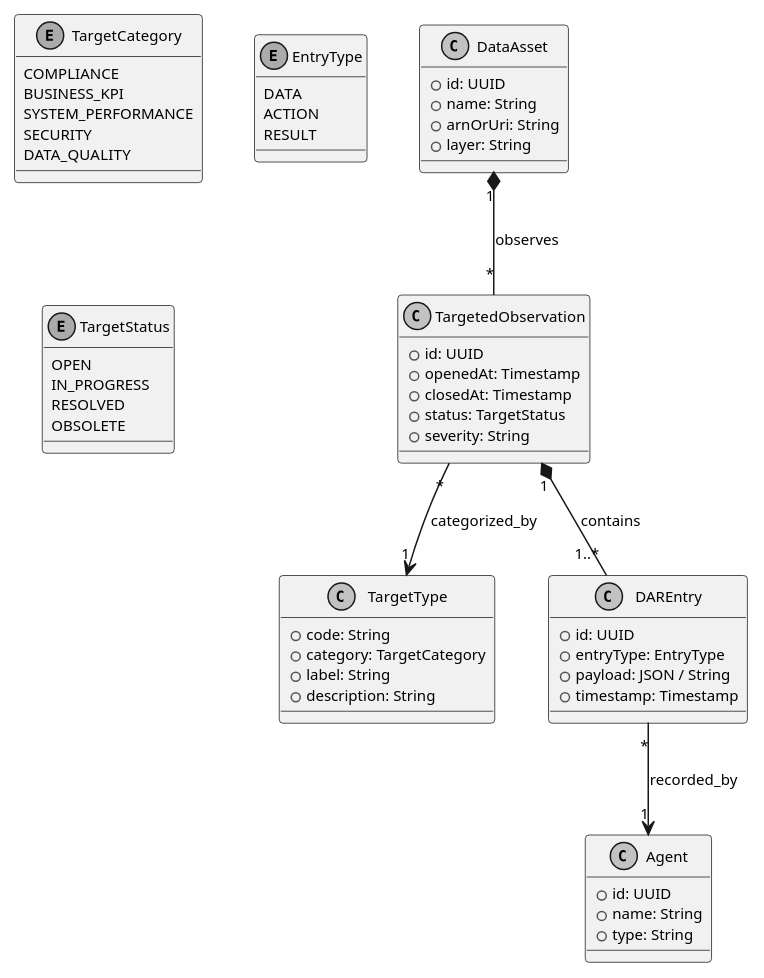
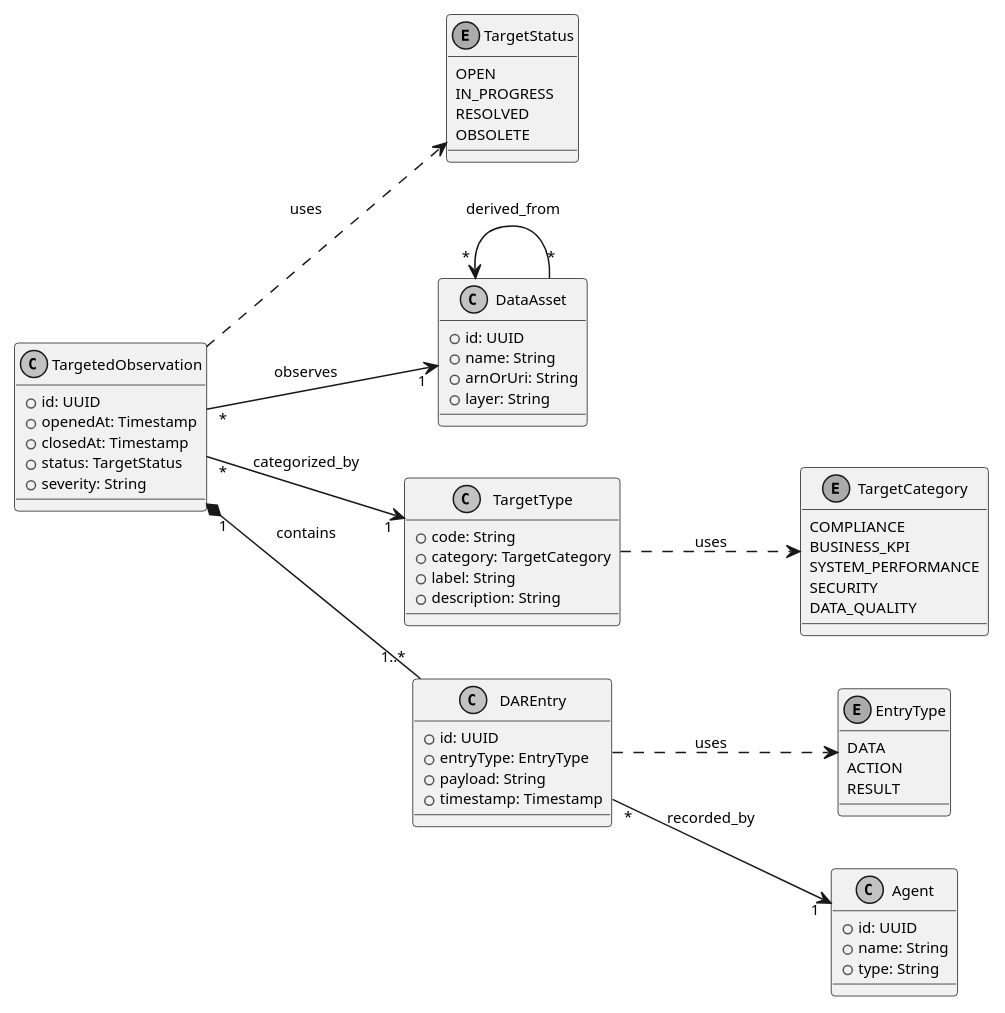
Before and after one commit to xFufly/tdar-lineage: the diagram in uml/tdar_architecture.puml, drawn with PlantUML. The commit also changed 3 other files, not shown here.

Commit message:
feat: update T-DAR UML model with lineage and fix LaTeX figure layout

```diff
--- a/uml/tdar_architecture.puml
+++ b/uml/tdar_architecture.puml
@@ -1,69 +1,77 @@
 @startuml tdar_architecture
 
 skinparam monochrome true
 skinparam shadowing false
 skinparam defaultFontName "Arial"
 skinparam defaultFontSize 10
+
+left to right direction
 
 enum TargetCategory {
     COMPLIANCE
     BUSINESS_KPI
     SYSTEM_PERFORMANCE
     SECURITY
     DATA_QUALITY
 }
 
 enum EntryType {
     DATA
     ACTION
     RESULT
 }
 
 enum TargetStatus {
     OPEN
     IN_PROGRESS
     RESOLVED
     OBSOLETE
 }
 
 class DataAsset {
     +id: UUID
     +name: String
     +arnOrUri: String
     +layer: String
 }
 
 class TargetType {
     +code: String
     +category: TargetCategory
     +label: String
     +description: String
 }
 
 class TargetedObservation {
     +id: UUID
     +openedAt: Timestamp
     +closedAt: Timestamp
     +status: TargetStatus
     +severity: String
 }
 
 class DAREntry {
     +id: UUID
     +entryType: EntryType
-    +payload: JSON / String
+    +payload: String
     +timestamp: Timestamp
 }
 
 class Agent {
     +id: UUID
     +name: String
     +type: String
 }
 
-DataAsset "1" *-- "*" TargetedObservation : observes
+DataAsset "*" <-- "*" DataAsset : derived_from
+
+TargetedObservation "*" --> "1" DataAsset : observes
 TargetedObservation "*" --> "1" TargetType : categorized_by
 TargetedObservation "1" *-- "1..*" DAREntry : contains
 DAREntry "*" --> "1" Agent : recorded_by
 
+TargetType ..> TargetCategory : uses
+TargetedObservation ..> TargetStatus : uses
+DAREntry ..> EntryType : uses
+
 @enduml
```
